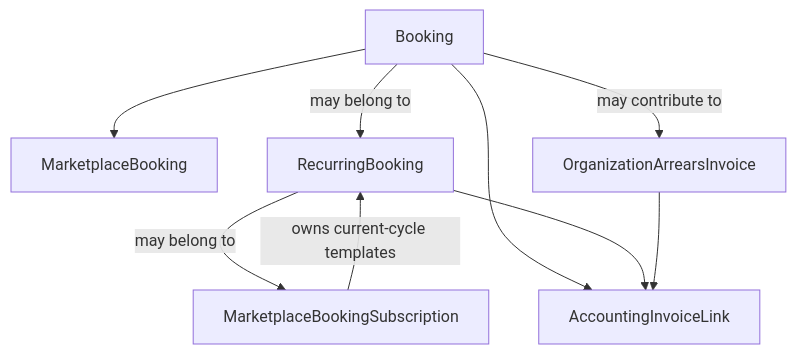
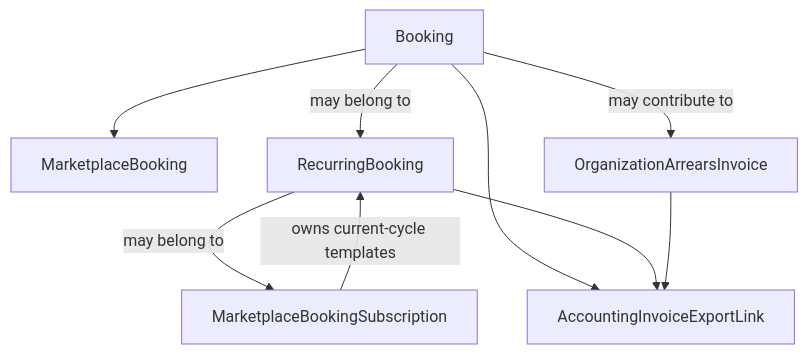
One commit to skedular/skedular changed the third of 10 diagrams in booking/docs/architecture/booking-domain-architecture.md. Above: the diagram before and after it, drawn with Mermaid. The commit also changed other lines of this file and 42 other files, not shown here.

````diff
--- a/booking/docs/architecture/booking-domain-architecture.md
+++ b/booking/docs/architecture/booking-domain-architecture.md
@@ -166,18 +166,18 @@
 ```mermaid
 flowchart TD
     Booking["Booking"]
     MarketplaceBooking["MarketplaceBooking"]
     RecurringBooking["RecurringBooking"]
     Subscription["MarketplaceBookingSubscription"]
     ArrearsInvoice["OrganizationArrearsInvoice"]
-    AccountingLink["AccountingInvoiceLink"]
+    AccountingLink["AccountingInvoiceExportLink"]
 
     Booking --> MarketplaceBooking
     Booking -->|may belong to| RecurringBooking
     RecurringBooking -->|may belong to| Subscription
     Subscription -->|owns current-cycle templates| RecurringBooking
     Booking -->|may contribute to| ArrearsInvoice
     Booking --> AccountingLink
     RecurringBooking --> AccountingLink
     ArrearsInvoice --> AccountingLink
 ```
````
